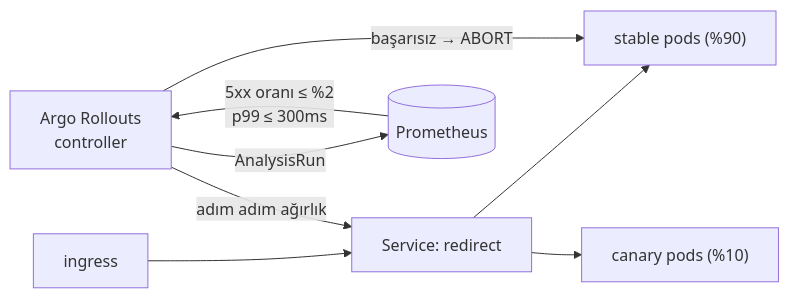
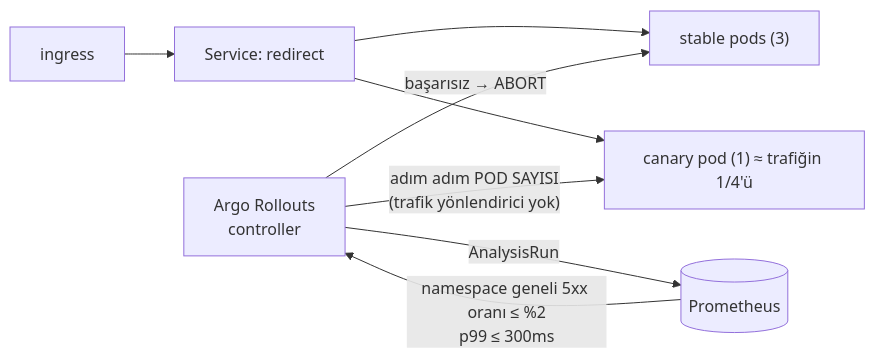
One commit to bulutaysarac/linkly-ladder changed the diagram in 12-delivery/README.md. Above: the diagram before and after it, drawn with Mermaid. The commit also changed other lines of this file and 498 other files, not shown here.

````diff
--- a/12-delivery/README.md
+++ b/12-delivery/README.md
@@ -13,10 +23,10 @@
 ```mermaid
 flowchart LR
   I[ingress] --> SVC["Service: redirect"]
-  SVC --> ST["stable pods (%90)"]
-  SVC --> CN["canary pods (%10)"]
-  AR["Argo Rollouts<br/>controller"] -->|adım adım ağırlık| SVC
+  SVC --> ST["stable pods (3)"]
+  SVC --> CN["canary pod (1) ≈ trafiğin 1/4'ü"]
+  AR["Argo Rollouts<br/>controller"] -->|"adım adım POD SAYISI<br/>(trafik yönlendirici yok)"| CN
   AR -->|AnalysisRun| PR[(Prometheus)]
-  PR -->|"5xx oranı ≤ %2<br/>p99 ≤ 300ms"| AR
+  PR -->|"namespace geneli 5xx oranı ≤ %2<br/>p99 ≤ 300ms"| AR
   AR -->|"başarısız → ABORT"| ST
 ```
````
